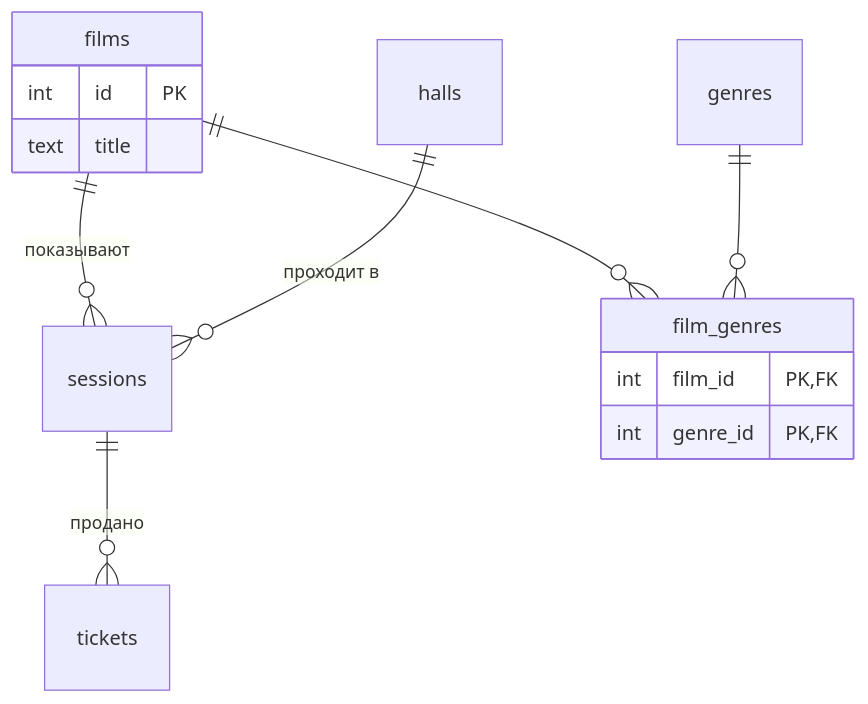
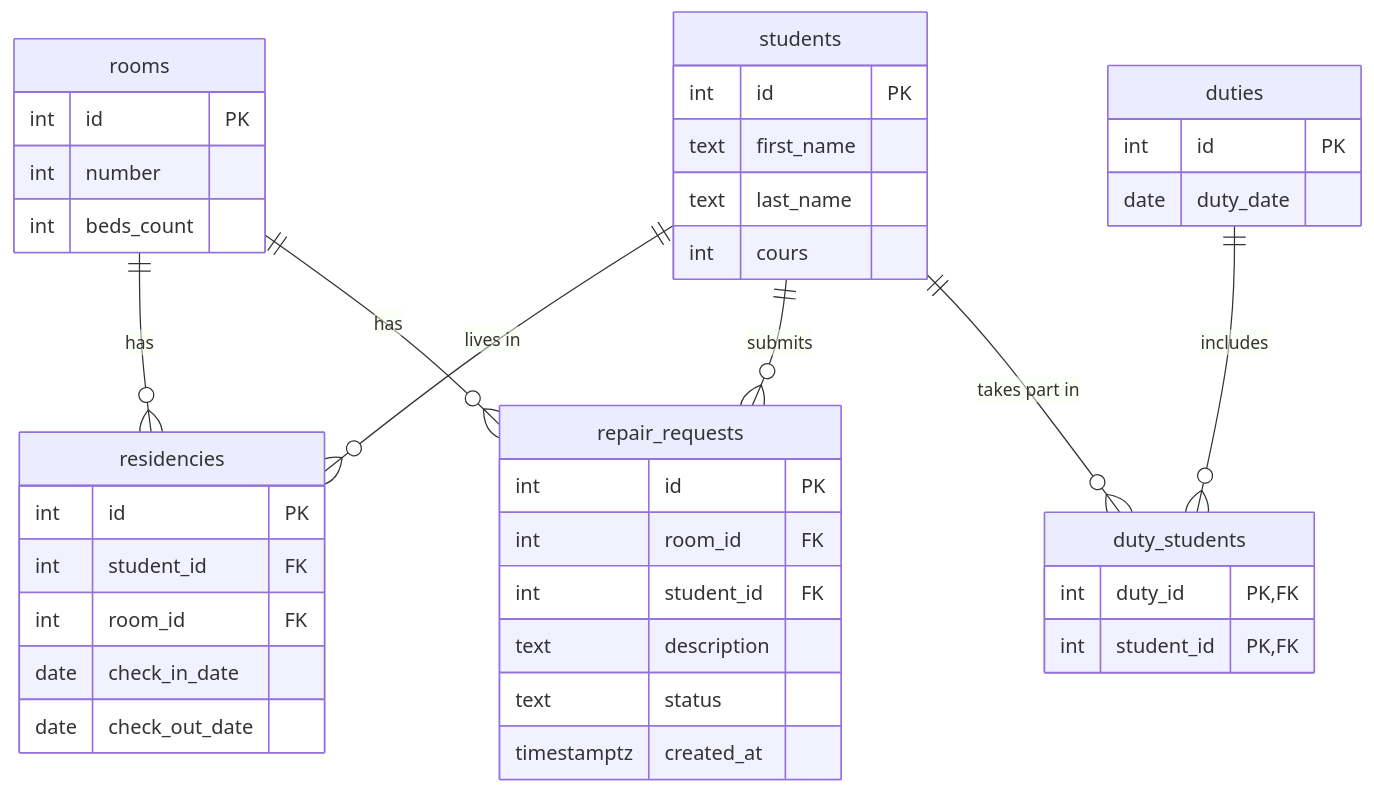
One commit to quartzApril/db-starodub-dormitory changed the diagram in README.md. Above: the diagram before and after it, drawn with Mermaid. The commit also changed other lines of this file, not shown here.

Commit message:
Add ER diagram to README

````diff
--- a/README.md
+++ b/README.md
@@ -47,17 +45,44 @@
 ```mermaid
 erDiagram
-    films ||--o{ sessions : "показывают"
-    halls ||--o{ sessions : "проходит в"
-    sessions ||--o{ tickets : "продано"
-    films ||--o{ film_genres : ""
-    genres ||--o{ film_genres : ""
-
-    films {
+    rooms {
         int id PK
-        text title
+        int number
+        int beds_count
     }
-    film_genres {
-        int film_id PK, FK
-        int genre_id PK, FK
+    students {
+        int id PK
+        text first_name
+        text last_name
+        int cours
     }
+    residencies {
+        int id PK
+        int student_id FK
+        int room_id FK 
+        date check_in_date
+        date check_out_date
+    }
+    repair_requests {
+        int id PK
+        int room_id FK
+        int student_id FK
+        text description
+        text status
+        timestamptz created_at
+    }
+    duties {
+        int id PK
+        date duty_date
+    }
+    duty_students {
+        int duty_id PK, FK
+        int student_id PK, FK
+    }
+    rooms ||--o{ residencies : "has"
+    students ||--o{ residencies : "lives in"
+    rooms ||--o{ repair_requests : "has"
+    students ||--o{ repair_requests : "submits"
+    duties ||--o{ duty_students : "includes"
+    students ||--o{ duty_students : "takes part in"
+    
 ```
````
